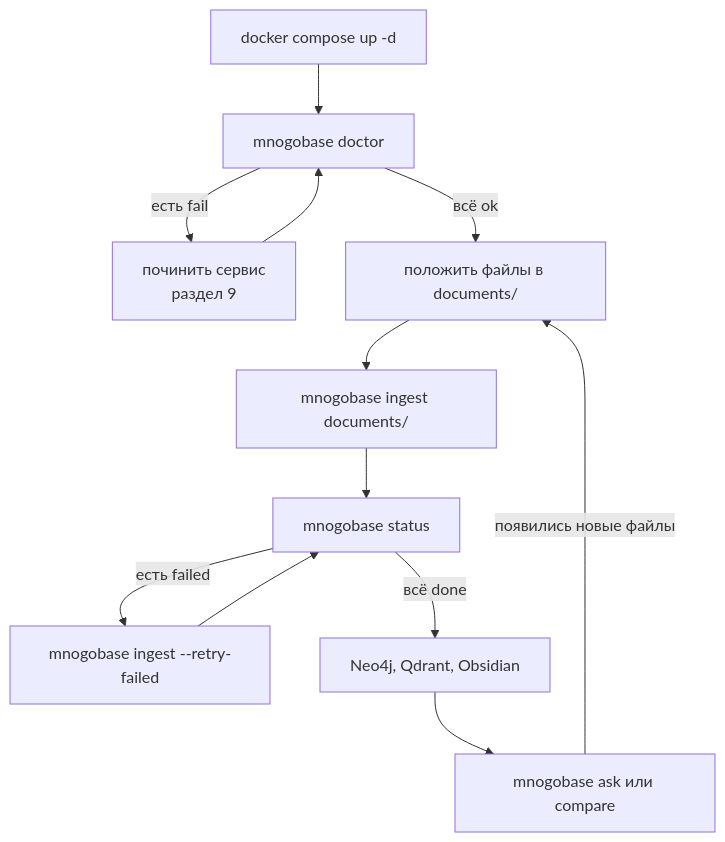
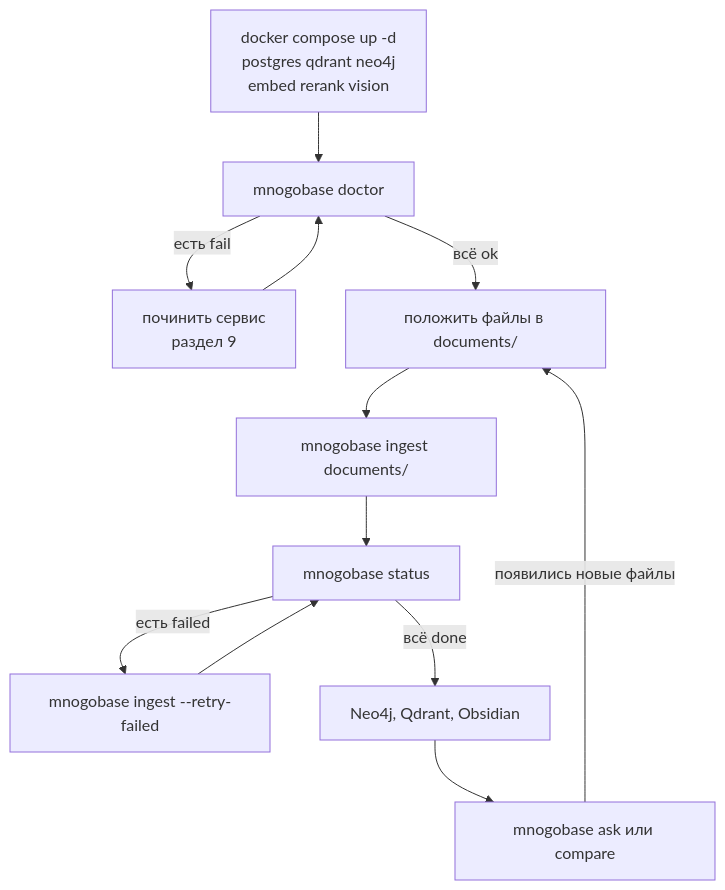
The second of 13 diagrams in README.md (000p1umDiesel/Atlas), drawn with Mermaid before and after one commit. The commit also changed other lines of this file, not shown here.

First line of the commit message:
docs: README for the single-owner deployment and one compose file

````diff
--- a/README.md
+++ b/README.md
@@ -235,14 +243,14 @@
 ```mermaid
 flowchart TD
-    UP["docker compose up -d"] --> DOC["mnogobase doctor"]
+    UP["docker compose up -d<br/>postgres qdrant neo4j<br/>embed rerank vision"] --> DOC["mnogobase doctor"]
     DOC -->|"есть fail"| FIX["починить сервис<br/>раздел 9"]
     FIX --> DOC
     DOC -->|"всё ok"| PUT["положить файлы в documents/"]
     PUT --> ING["mnogobase ingest documents/"]
     ING --> ST["mnogobase status"]
     ST -->|"есть failed"| RETRY["mnogobase ingest --retry-failed"]
     RETRY --> ST
     ST -->|"всё done"| LOOK["Neo4j, Qdrant, Obsidian"]
     LOOK --> ASK["mnogobase ask или compare"]
     ASK -->|"появились новые файлы"| PUT
 ```
````
